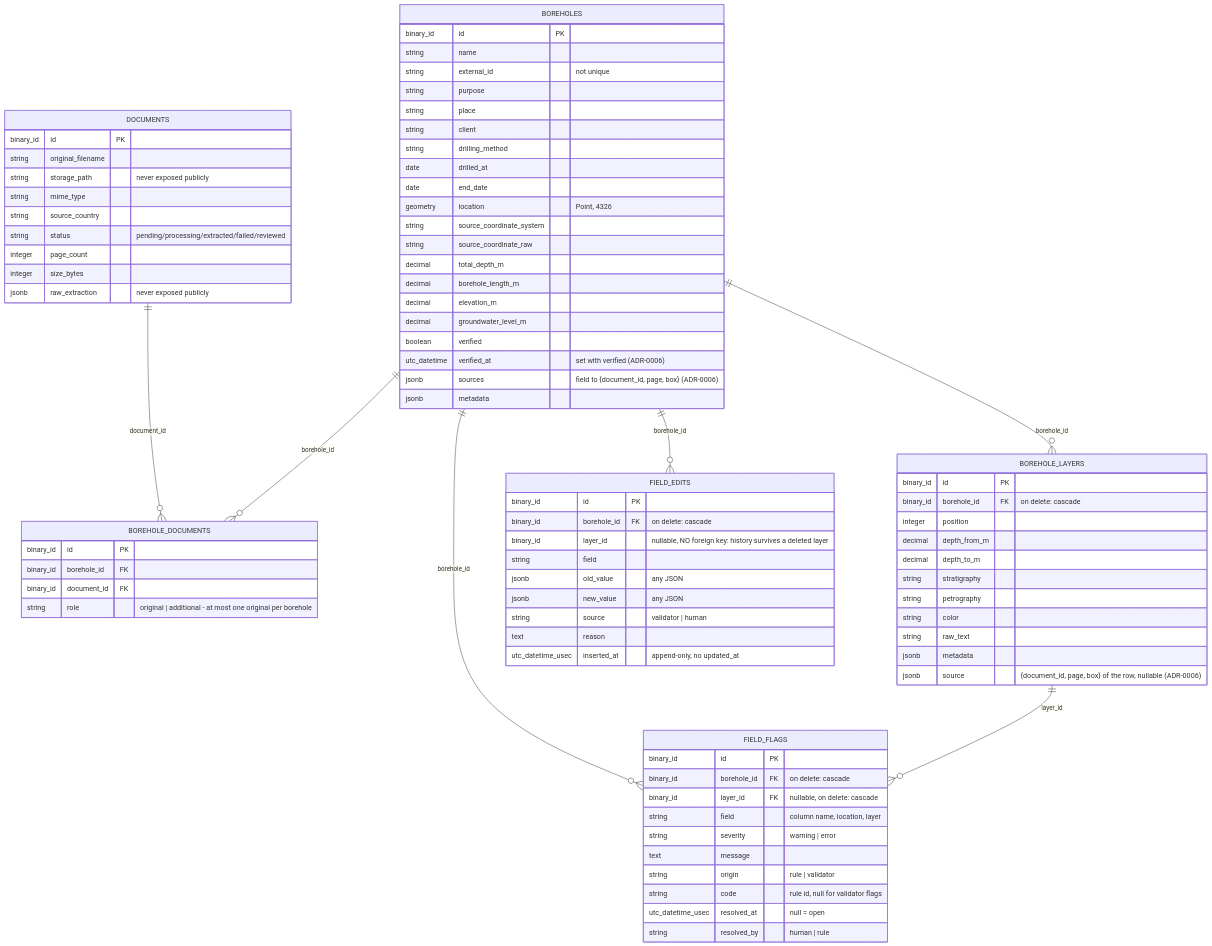
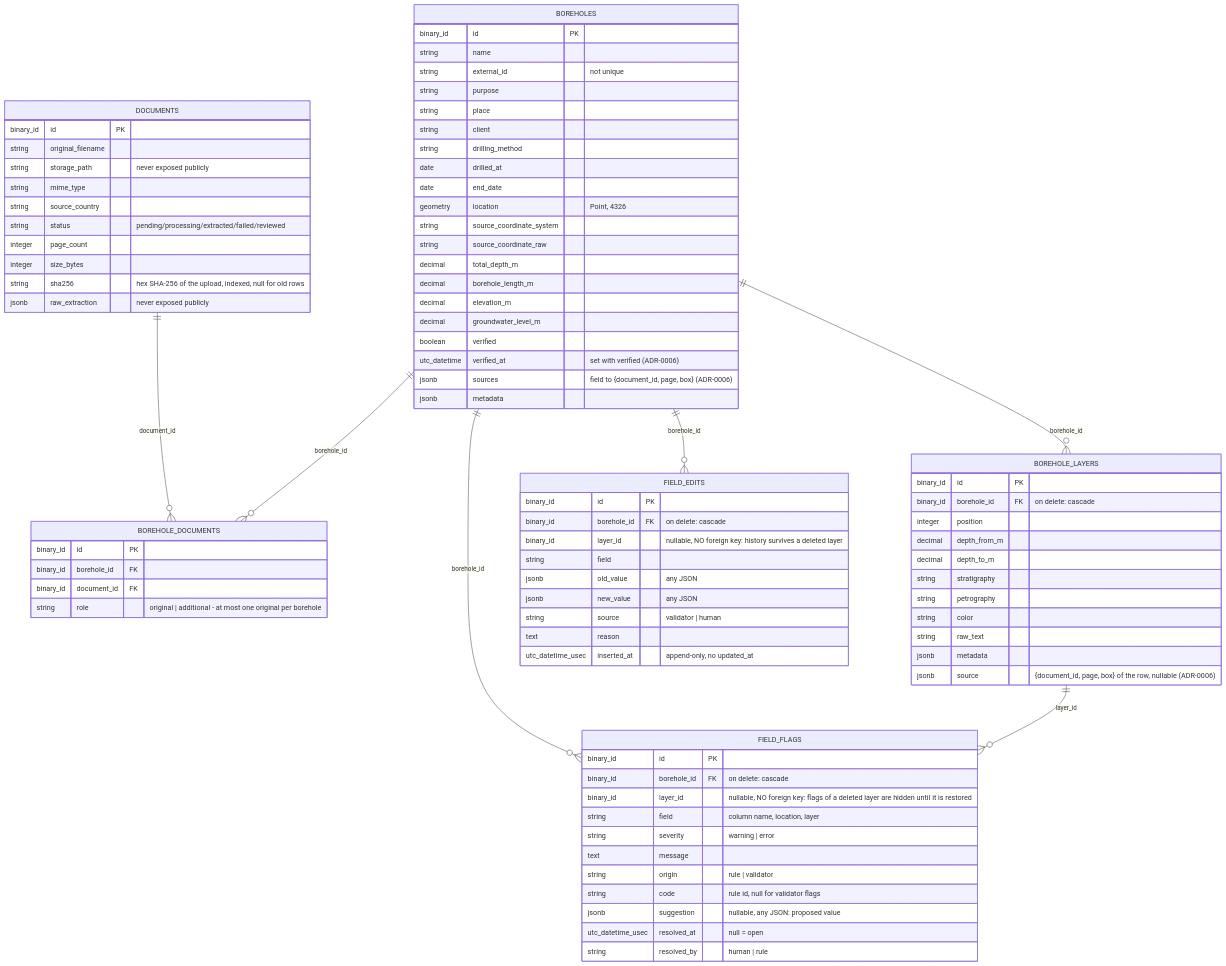
One commit to t-kelsey/smart-automation changed the first of 2 diagrams in docs/data-model.md. Above: the diagram before and after it, drawn with Mermaid. The commit also changed other lines of this file and 63 other files, not shown here.

```diff
--- a/docs/data-model.md
+++ b/docs/data-model.md
@@ -22,6 +22,7 @@
         string status "pending/processing/extracted/failed/reviewed"
         integer page_count
         integer size_bytes
+        string sha256 "hex SHA-256 of the upload, indexed, null for old rows"
         jsonb raw_extraction "never exposed publicly"
     }
 
@@ -72,12 +73,13 @@
     FIELD_FLAGS {
         binary_id id PK
         binary_id borehole_id FK "on delete: cascade"
-        binary_id layer_id FK "nullable, on delete: cascade"
+        binary_id layer_id "nullable, NO foreign key: flags of a deleted layer are hidden until it is restored"
         string field "column name, location, layer"
         string severity "warning | error"
         text message
         string origin "rule | validator"
         string code "rule id, null for validator flags"
+        jsonb suggestion "nullable, any JSON: proposed value"
         utc_datetime_usec resolved_at "null = open"
         string resolved_by "human | rule"
     }
```
